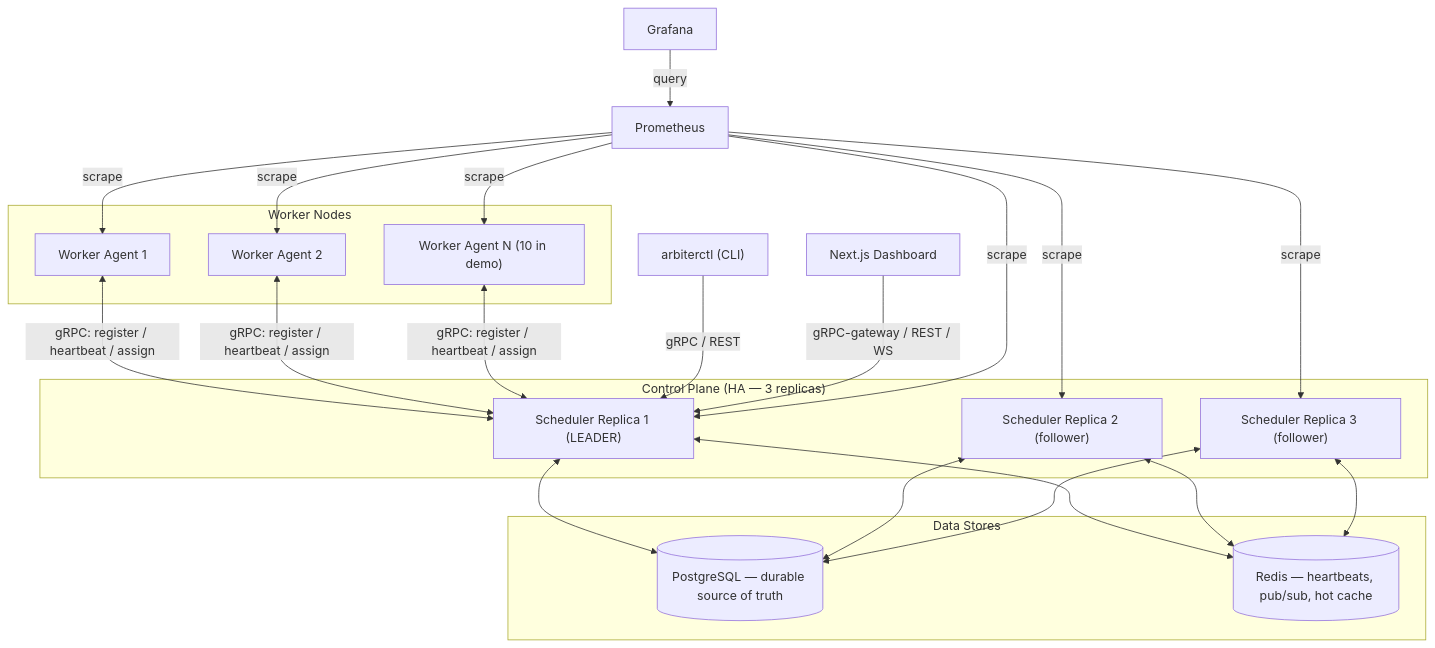
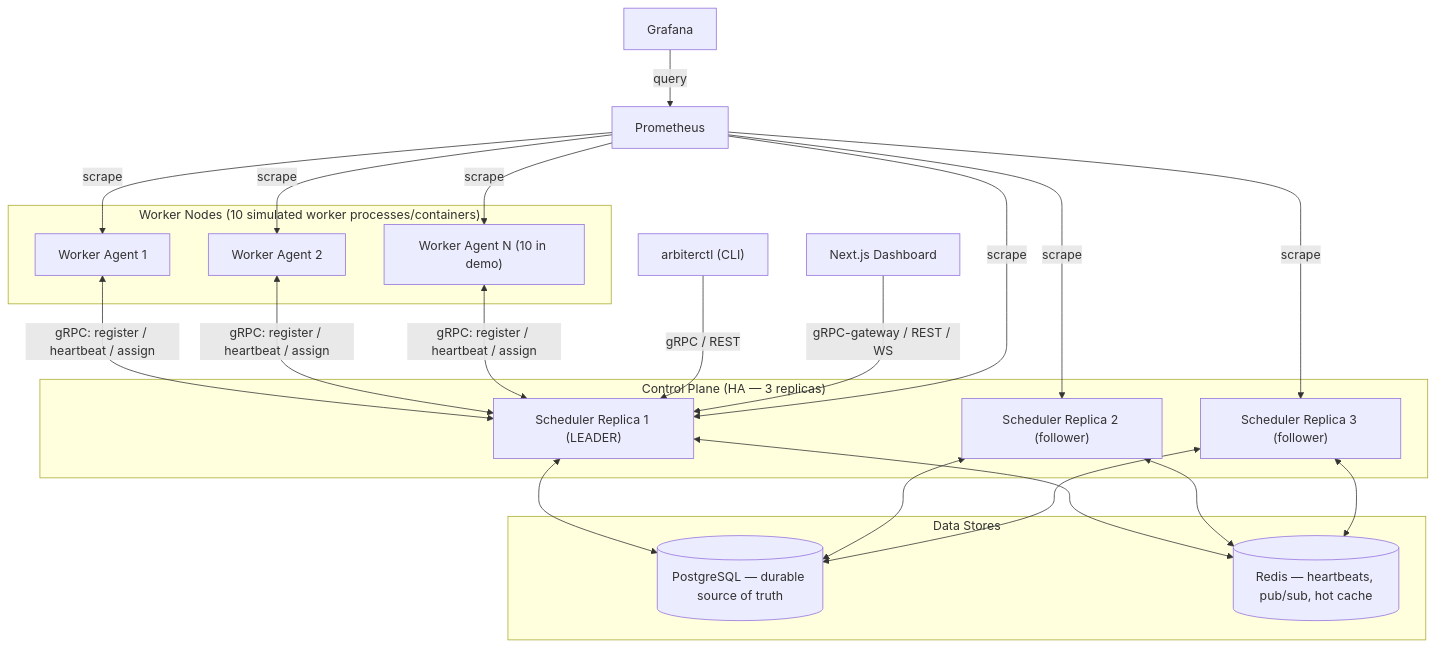
The first of 4 diagrams in IMPLEMENTATION_PLAN.md (AnishK05/arbiter-distributed-scheduler), drawn with Mermaid before and after one commit. The commit also changed other lines of this file and 1 other file, not shown here.

````diff
--- a/IMPLEMENTATION_PLAN.md
+++ b/IMPLEMENTATION_PLAN.md
@@ -52,45 +60,45 @@
 ```mermaid
 graph TB
     subgraph ControlPlane["Control Plane (HA — 3 replicas)"]
         S1["Scheduler Replica 1 (LEADER)"]
         S2["Scheduler Replica 2 (follower)"]
         S3["Scheduler Replica 3 (follower)"]
     end
 
     subgraph DataStores["Data Stores"]
         PG[("PostgreSQL — durable source of truth")]
         R[("Redis — heartbeats, pub/sub, hot cache")]
     end
 
-    subgraph Workers["Worker Nodes"]
+    subgraph Workers["Worker Nodes (10 simulated worker processes/containers)"]
         W1["Worker Agent 1"]
         W2["Worker Agent 2"]
         WN["Worker Agent N (10 in demo)"]
     end
 
     CLI["arbiterctl (CLI)"]
     DASH["Next.js Dashboard"]
     PROM["Prometheus"]
     GRAF["Grafana"]
 
     S1 <--> PG
     S2 <--> PG
     S3 <--> PG
     S1 <--> R
     S2 <--> R
     S3 <--> R
 
     W1 <-- "gRPC: register / heartbeat / assign" --> S1
     W2 <-- "gRPC: register / heartbeat / assign" --> S1
     WN <-- "gRPC: register / heartbeat / assign" --> S1
 
     CLI -- "gRPC / REST" --> S1
     DASH -- "gRPC-gateway / REST / WS" --> S1
     PROM -- scrape --> S1
     PROM -- scrape --> S2
     PROM -- scrape --> S3
     PROM -- scrape --> W1
     PROM -- scrape --> W2
     PROM -- scrape --> WN
     GRAF -- query --> PROM
 ```
````
